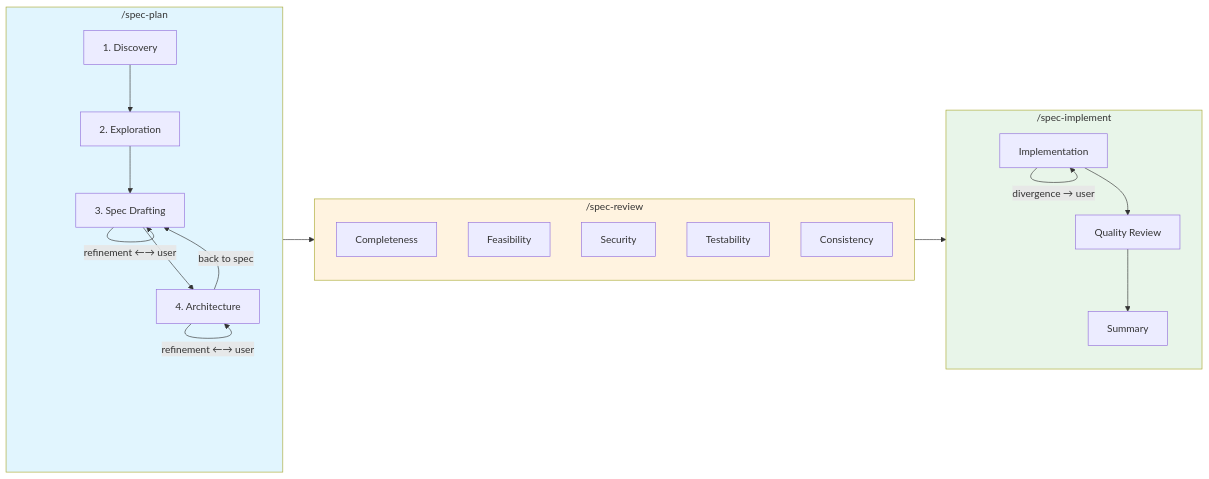
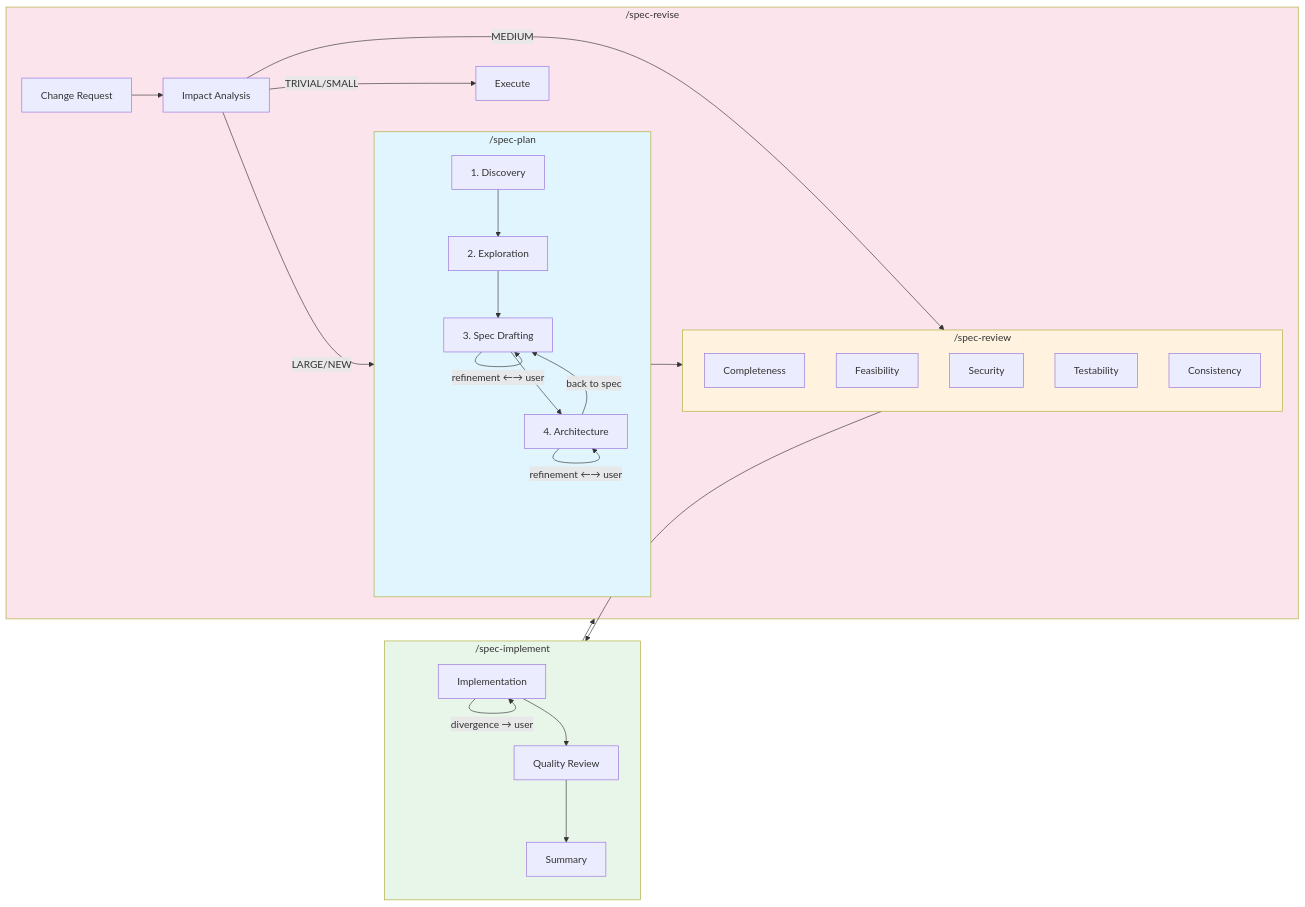
Before and after one commit to MysMon/Spec-Workflow-Toolkit: the diagram in README.md, drawn with Mermaid. The commit also changed other lines of this file and 2 other files, not shown here.

Commit message:
feat: add /spec-revise command for post-implementation change requests
Add a new command that processes user change requests after /spec-implement.
The command reads original spec and design documents, analyzes impact of
requested changes, and routes to appropriate workflow (direct fix, spec-review,
or spec-plan) based on classification.

Key features:
- Context loading from spec, design, and progress files
- Interactive change request collection with clarification
- Impact analysis using product-manager and code-architect agents
- Classification matrix (TRIVIAL/SMALL/MEDIUM/LARGE/NEW)
- Appropriate routing with user confirmation

https://claude.ai/code/session_019jFttmYhQLKFDzJ4uVnq9h

````diff
--- a/README.md
+++ b/README.md
@@ -84,23 +85,30 @@
 ```mermaid
 flowchart LR
     subgraph plan["/spec-plan"]
         D[1. Discovery] --> E[2. Exploration]
         E --> C[3. Spec Drafting]
         C -->|"refinement ←→ user"| C
         C --> A[4. Architecture]
         A -->|"refinement ←→ user"| A
         A -->|"back to spec"| C
     end
     subgraph review["/spec-review"]
         R1[Completeness] & R2[Feasibility] & R3[Security] & R4[Testability] & R5[Consistency]
     end
     subgraph impl["/spec-implement"]
         I[Implementation] -->|"divergence → user"| I
         I --> QR[Quality Review] --> S[Summary]
     end
-    plan --> review --> impl
+    subgraph revise["/spec-revise"]
+        CR[Change Request] --> IA[Impact Analysis]
+        IA -->|"TRIVIAL/SMALL"| EX[Execute]
+        IA -->|"MEDIUM"| review
+        IA -->|"LARGE/NEW"| plan
+    end
+    plan --> review --> impl --> revise
 
     style plan fill:#e1f5fe
     style review fill:#fff3e0
     style impl fill:#e8f5e9
+    style revise fill:#fce4ec
 ```
````
